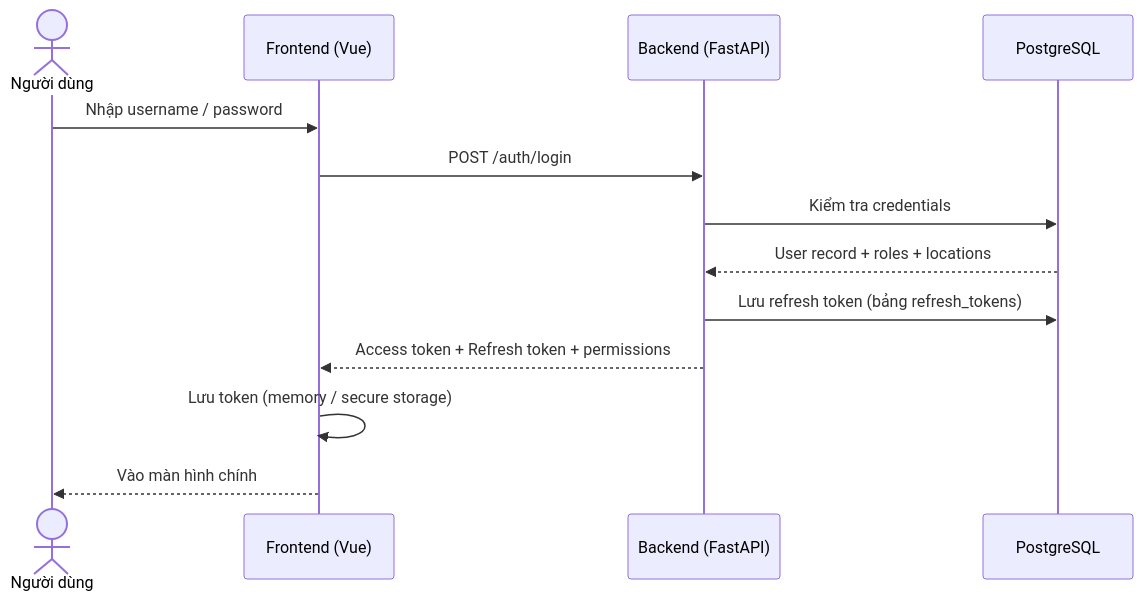
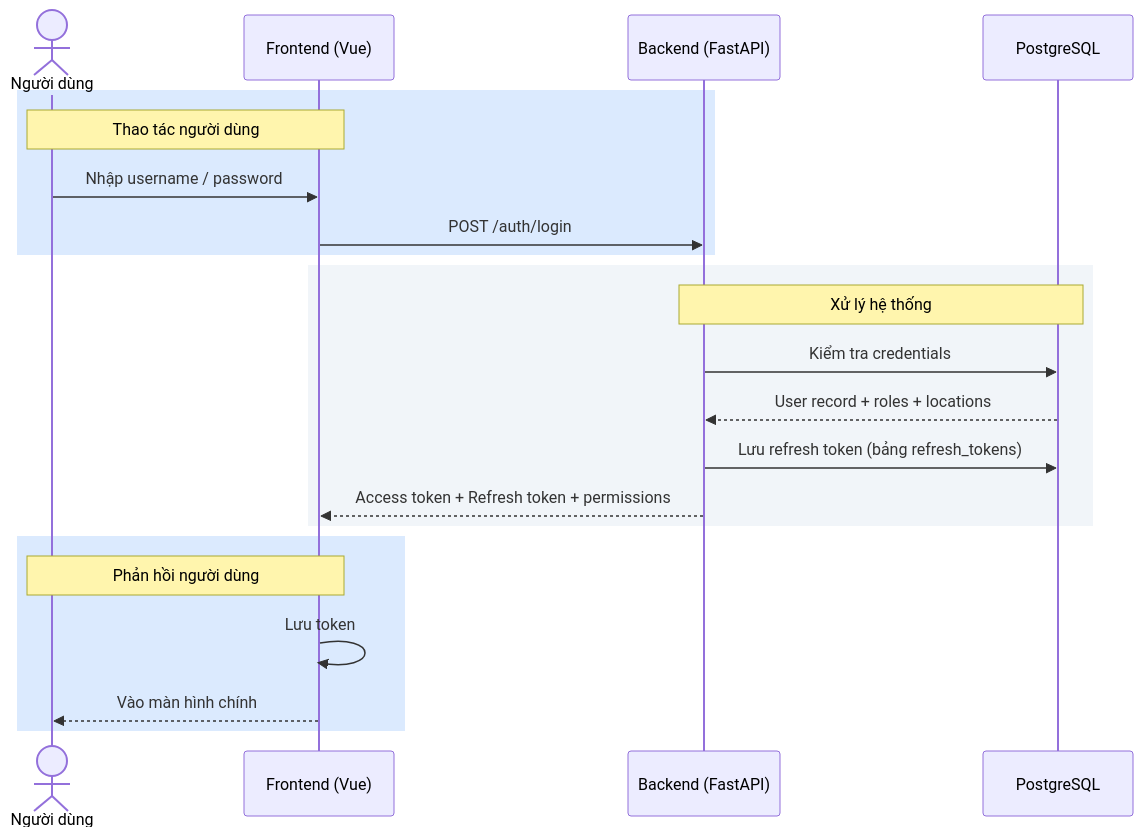
Before and after one commit to ngohuuduc/VJ_mobile_POS: the first of 10 diagrams in docs/process_flow.md, drawn with Mermaid. The commit also changed other lines of this file and 2 other files, not shown here.

Commit message:
Update documentation: Enhance open questions and process flow with detailed answers and color coding for clarity

````diff
--- a/docs/process_flow.md
+++ b/docs/process_flow.md
@@ -14,16 +27,25 @@
 ```mermaid
 sequenceDiagram
     actor User as Người dùng
     participant FE as Frontend (Vue)
     participant BE as Backend (FastAPI)
     participant DB as PostgreSQL
 
-    User->>FE: Nhập username / password
-    FE->>BE: POST /auth/login
-    BE->>DB: Kiểm tra credentials
-    DB-->>BE: User record + roles + locations
-    BE->>DB: Lưu refresh token (bảng refresh_tokens)
-    BE-->>FE: Access token + Refresh token + permissions
-    FE->>FE: Lưu token (memory / secure storage)
-    FE-->>User: Vào màn hình chính
+    rect rgb(219, 234, 254)
+        Note over User,FE: Thao tác người dùng
+        User->>FE: Nhập username / password
+        FE->>BE: POST /auth/login
+    end
+    rect rgb(241, 245, 249)
+        Note over BE,DB: Xử lý hệ thống
+        BE->>DB: Kiểm tra credentials
+        DB-->>BE: User record + roles + locations
+        BE->>DB: Lưu refresh token (bảng refresh_tokens)
+        BE-->>FE: Access token + Refresh token + permissions
+    end
+    rect rgb(219, 234, 254)
+        Note over FE,User: Phản hồi người dùng
+        FE->>FE: Lưu token
+        FE-->>User: Vào màn hình chính
+    end
 ```
````
